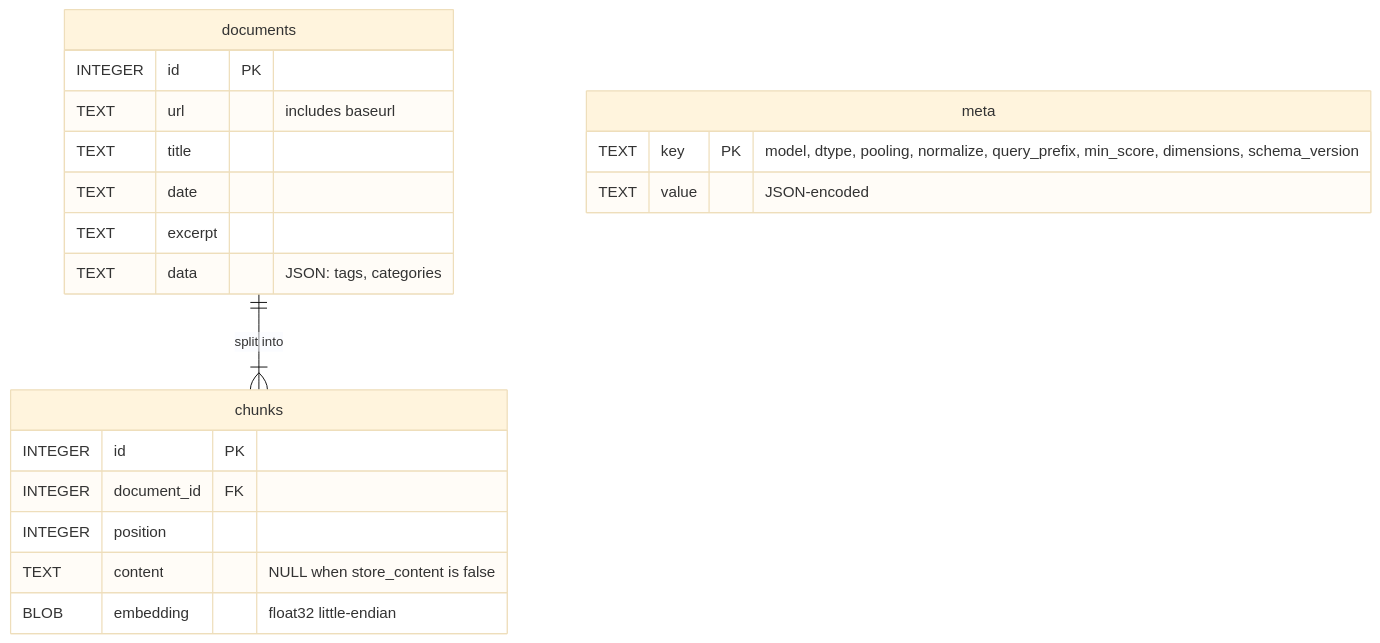
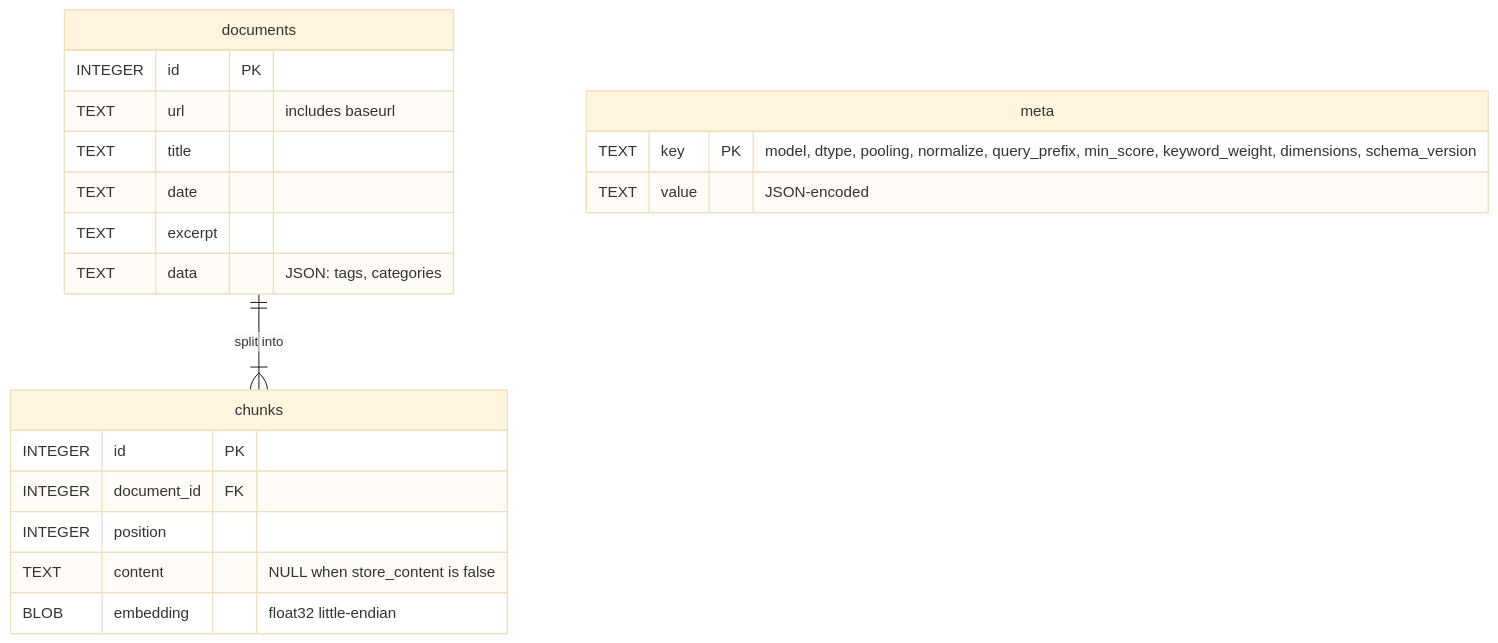
Before and after one commit to mourjo/jekyll-semantic-search: the third of 3 diagrams in README.md, drawn with Mermaid (base theme). The commit also changed other lines of this file and 7 other files, not shown here.

````diff
--- a/README.md
+++ b/README.md
@@ -291,23 +346,23 @@
 ```mermaid
 erDiagram
   documents ||--|{ chunks : "split into"
   meta {
-    TEXT key PK "model, dtype, pooling, normalize, query_prefix, min_score, dimensions, schema_version"
+    TEXT key PK "model, dtype, pooling, normalize, query_prefix, min_score, keyword_weight, dimensions, schema_version"
     TEXT value "JSON-encoded"
   }
   documents {
     INTEGER id PK
     TEXT url "includes baseurl"
     TEXT title
     TEXT date
     TEXT excerpt
     TEXT data "JSON: tags, categories"
   }
   chunks {
     INTEGER id PK
     INTEGER document_id FK
     INTEGER position
     TEXT content "NULL when store_content is false"
     BLOB embedding "float32 little-endian"
   }
 ```
````
